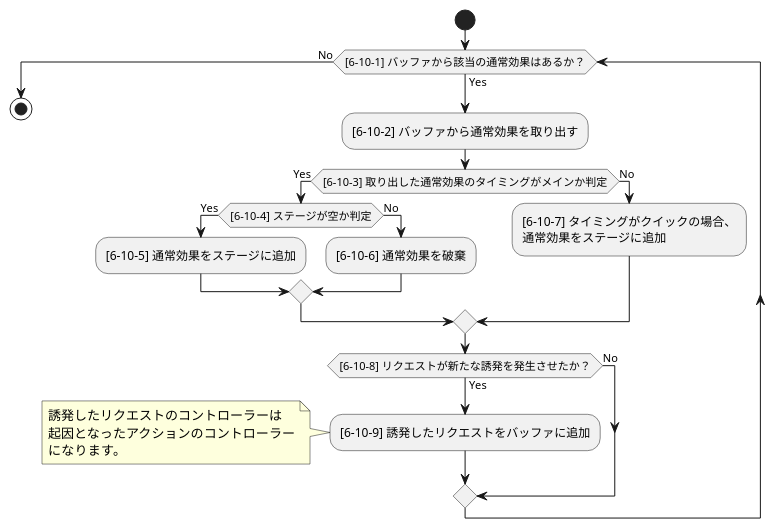
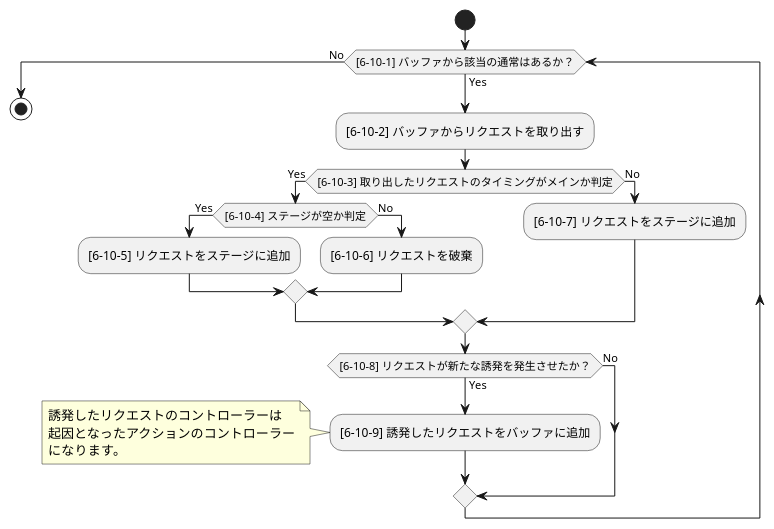
One commit to BlackPoker/BlackPoker changed the diagram in source/core/triggerflow_n.puml. Above: the diagram before and after it, drawn with PlantUML. The commit also changed 4 other files, not shown here.

```diff
--- a/source/core/triggerflow_n.puml
+++ b/source/core/triggerflow_n.puml
@@ -1,29 +1,29 @@
 @startuml
 '==============================
-'【通常効果：アクション毎に処理】
+'【通常：アクション毎に処理】
 '==============================
 
 start
-while ([6-10-1] バッファから該当の通常効果はあるか？) is (Yes)
-  :[6-10-2] バッファから通常効果を取り出す;
-  if ([6-10-3] 取り出した通常効果のタイミングがメインか判定) then (Yes)
+while ([6-10-1] バッファから該当の通常はあるか？) is (Yes)
+  :[6-10-2] バッファからリクエストを取り出す;
+  if ([6-10-3] 取り出したリクエストのタイミングがメインか判定) then (Yes)
     if ([6-10-4] ステージが空か判定) then (Yes)
-      :[6-10-5] 通常効果をステージに追加;
+      :[6-10-5] リクエストをステージに追加;
     else (No)
-      :[6-10-6] 通常効果を破棄;
+      :[6-10-6] リクエストを破棄;
     endif
   else (No)
-    :[6-10-7] タイミングがクイックの場合、\n通常効果をステージに追加;
+    :[6-10-7] リクエストをステージに追加;
   endif
   if ([6-10-8] リクエストが新たな誘発を発生させたか？) then (Yes)
     :[6-10-9] 誘発したリクエストをバッファに追加;
     note left
       誘発したリクエストのコントローラーは
       起因となったアクションのコントローラー
       になります。
     end note
   else (No)
   endif
 endwhile (No)
 stop
 @enduml
```
